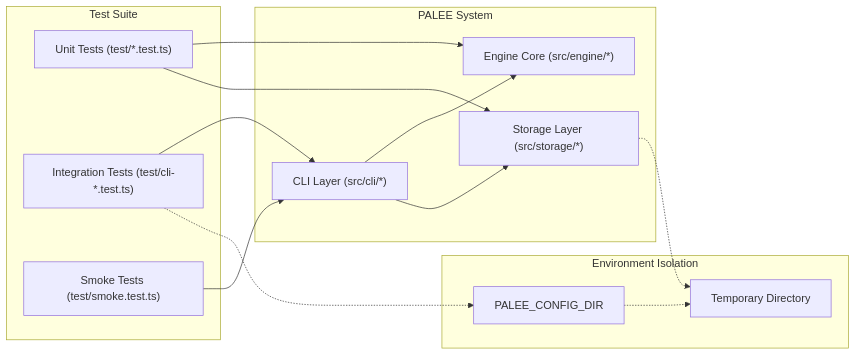
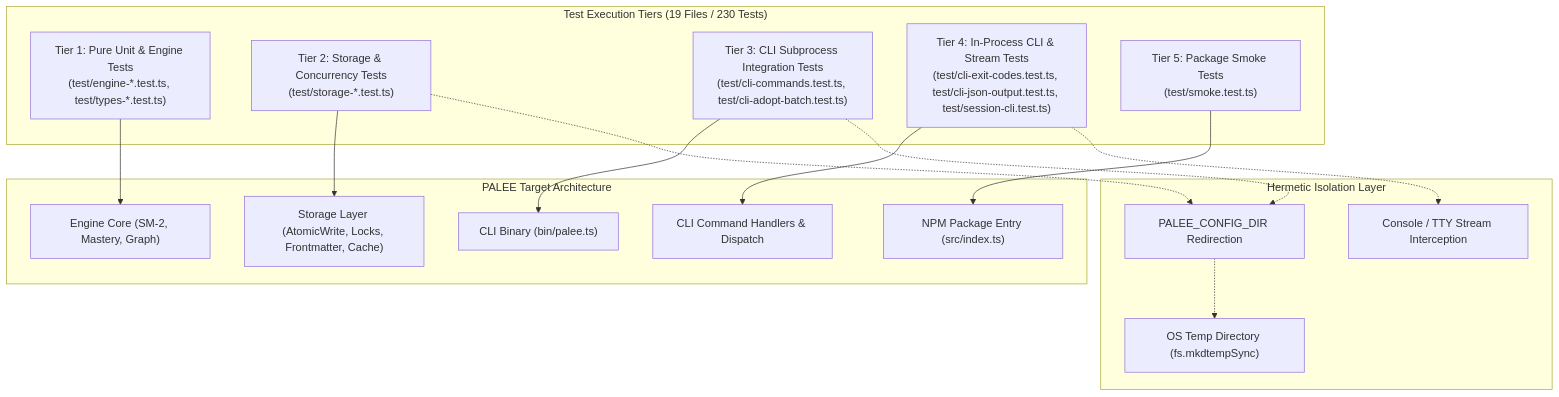
Before and after one commit to Kuldeep2822k/cli: the diagram in docs/06-0-testing.md, drawn with Mermaid. The commit also changed other lines of this file and 27 other files, not shown here.

````diff
--- a/docs/06-0-testing.md
+++ b/docs/06-0-testing.md
@@ -51,26 +116,34 @@
 ```mermaid
-flowchart LR
-    subgraph subGraph2 ["Environment Isolation"]
-        TempDir["Temporary Directory"]
-        EnvVar["PALEE_CONFIG_DIR"]
+flowchart TD
+    subgraph Isolation ["Hermetic Isolation Layer"]
+        TempDir["OS Temp Directory (fs.mkdtempSync)"]
+        EnvVar["PALEE_CONFIG_DIR Redirection"]
+        StreamMock["Console / TTY Stream Interception"]
     end
-    subgraph subGraph1 ["PALEE System"]
-        CLI["CLI Layer (src/cli/*)"]
-        Engine["Engine Core (src/engine/*)"]
-        Storage["Storage Layer (src/storage/*)"]
+
+    subgraph TestTiers ["Test Execution Tiers (19 Files / 230 Tests)"]
+        UT["Tier 1: Pure Unit & Engine Tests<br/>(test/engine-*.test.ts, test/types-*.test.ts)"]
+        STG["Tier 2: Storage & Concurrency Tests<br/>(test/storage-*.test.ts)"]
+        IT["Tier 3: CLI Subprocess Integration Tests<br/>(test/cli-commands.test.ts, test/cli-adopt-batch.test.ts)"]
+        INP["Tier 4: In-Process CLI & Stream Tests<br/>(test/cli-exit-codes.test.ts, test/cli-json-output.test.ts, test/session-cli.test.ts)"]
+        SMK["Tier 5: Package Smoke Tests<br/>(test/smoke.test.ts)"]
     end
-    subgraph subGraph0 ["Test Suite"]
-        UT["Unit Tests (test/*.test.ts)"]
-        IT["Integration Tests (test/cli-*.test.ts)"]
-        ST["Smoke Tests (test/smoke.test.ts)"]
+
+    subgraph PALEE ["PALEE Target Architecture"]
+        Engine["Engine Core (SM-2, Mastery, Graph)"]
+        Storage["Storage Layer (AtomicWrite, Locks, Frontmatter, Cache)"]
+        CLI["CLI Command Handlers & Dispatch"]
+        Bin["CLI Binary (bin/palee.ts)"]
+        Pkg["NPM Package Entry (src/index.ts)"]
     end
+
     UT --> Engine
-    UT --> Storage
-    IT --> CLI
-    CLI --> Engine
-    CLI --> Storage
-    ST --> CLI
+    STG --> Storage
+    STG -.-> EnvVar
+    IT --> Bin
     IT -.-> EnvVar
+    INP --> CLI
+    INP -.-> StreamMock
+    SMK --> Pkg
     EnvVar -.-> TempDir
-    Storage -.-> TempDir
 ```
````
